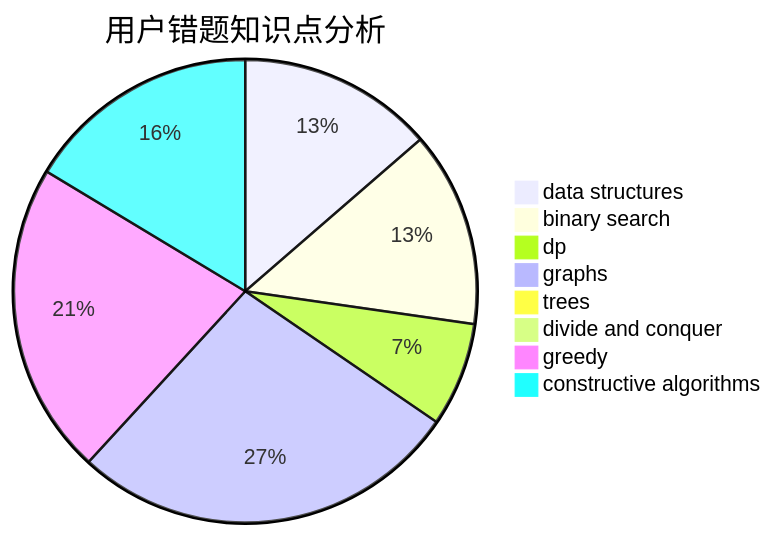
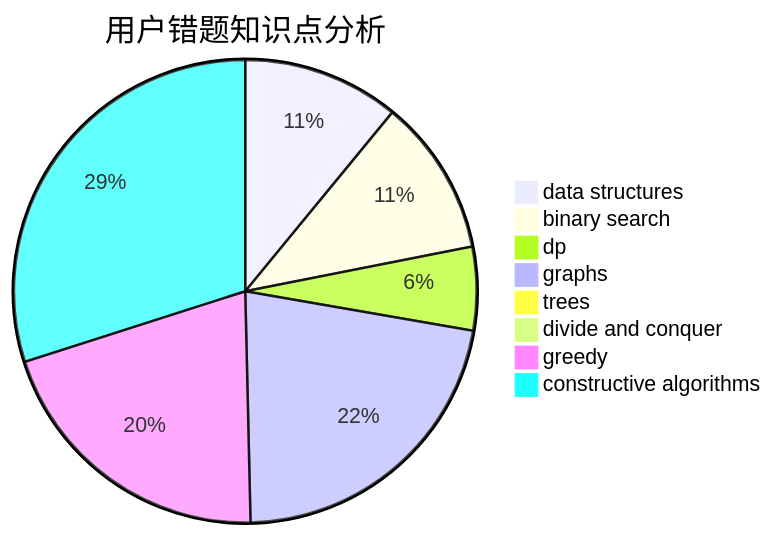
One commit to sherpahu/cfrs.github.io changed the third of 3 diagrams in docs/user/u1252.md. Above: the diagram before and after it, drawn with Mermaid. The commit also changed other lines of this file and 2770 other files, not shown here.

````diff
--- a/docs/user/u1252.md
+++ b/docs/user/u1252.md
@@ -36,11 +36,11 @@
 ```mermaid
 pie title 用户错题知识点分析
     "data structures" :  15
     "binary search" :  15
     "dp" :  8
     "graphs" :  30
     "trees" :  1
     "divide and conquer" :  1
-    "greedy" :  24
-    "constructive algorithms" :  18
+    "greedy" :  28
+    "constructive algorithms" :  41
 ```
````
